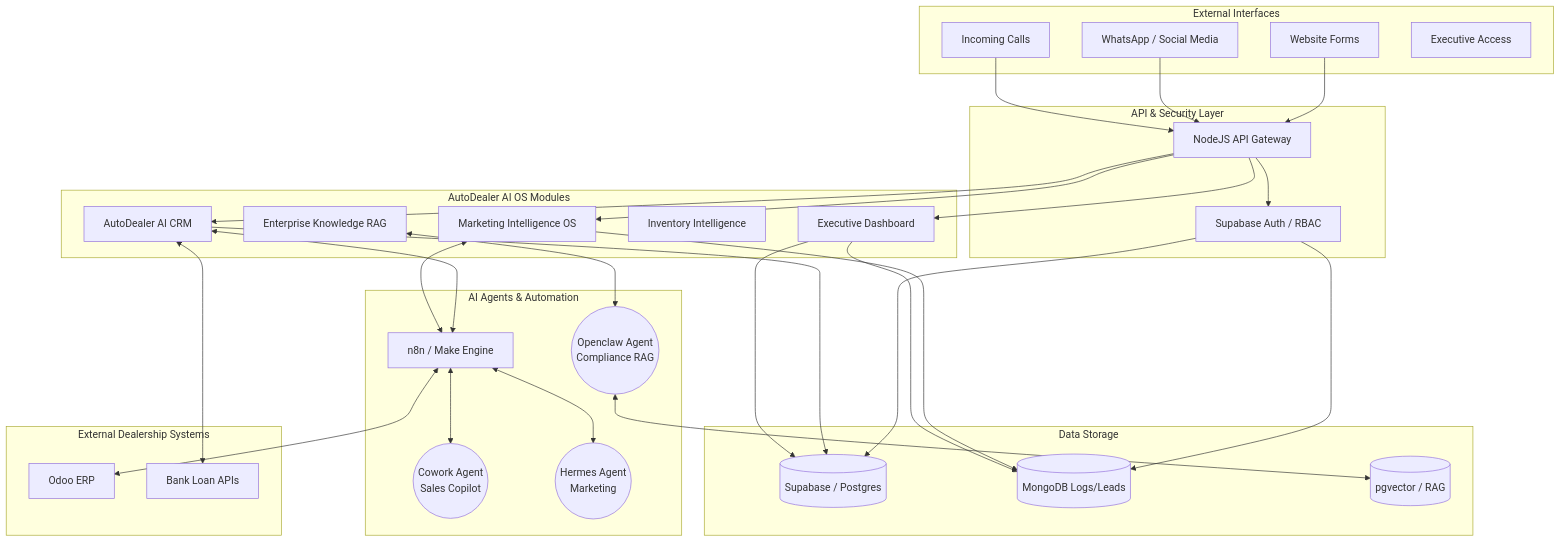
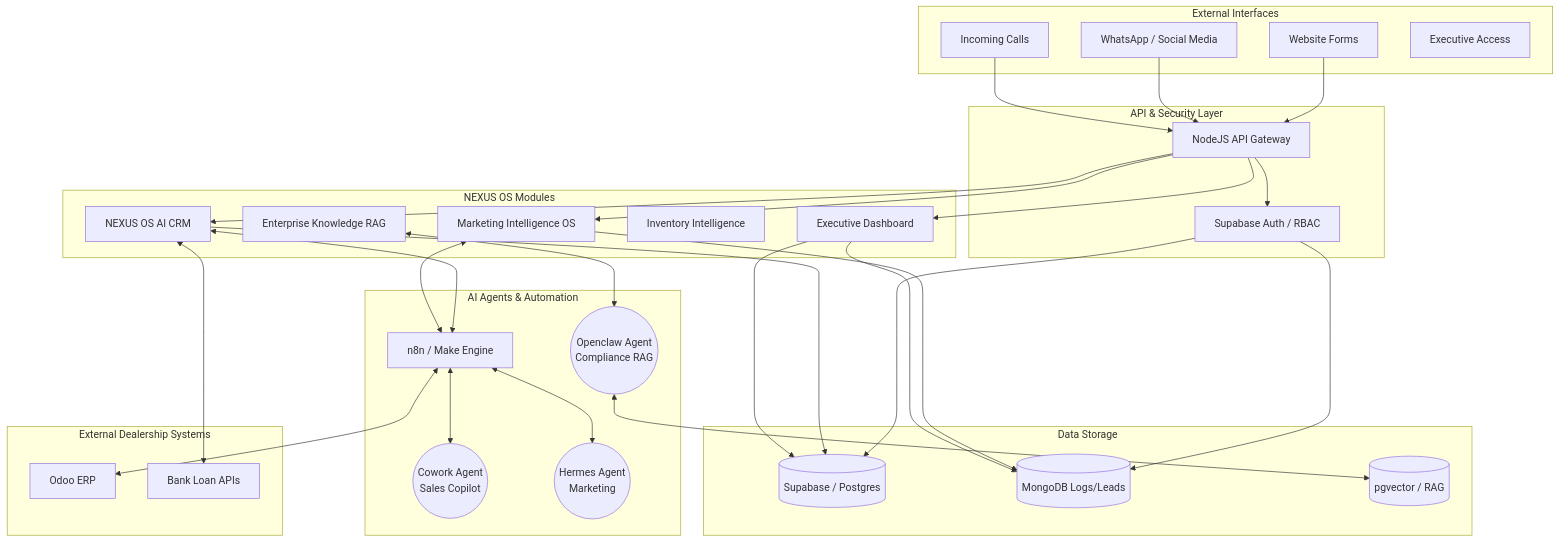
Before and after one commit to Ali8517942172/autodealer-ai-os: the diagram in architecture/diagrams/System_Architecture.md, drawn with Mermaid. The commit also changed 68 other files, not shown here.

````diff
--- a/architecture/diagrams/System_Architecture.md
+++ b/architecture/diagrams/System_Architecture.md
@@ -3,76 +3,76 @@
 ```mermaid
 graph TD
     %% External Interfaces
     subgraph "External Interfaces"
         Web[Website Forms]
         Social[WhatsApp / Social Media]
         Call[Incoming Calls]
         CEO[Executive Access]
     end
 
     %% AI Gateway & Auth
     subgraph "API & Security Layer"
         AG[NodeJS API Gateway]
         Auth[Supabase Auth / RBAC]
         AG --> Auth
     end
 
     Web --> AG
     Social --> AG
     Call --> AG
 
     %% Core Databases
     subgraph "Data Storage"
         PG[(Supabase / Postgres)]
         Mongo[(MongoDB Logs/Leads)]
         Vect[(pgvector / RAG)]
     end
 
     Auth --> PG
     Auth --> Mongo
 
     %% Business Modules (Apps)
-    subgraph "AutoDealer AI OS Modules"
-        CRM[AutoDealer AI CRM]
+    subgraph "NEXUS OS Modules"
+        CRM[NEXUS OS AI CRM]
         Mktg[Marketing Intelligence OS]
         RAG[Enterprise Knowledge RAG]
         Inv[Inventory Intelligence]
         Exec[Executive Dashboard]
     end
 
     %% Agents and Automation
     subgraph "AI Agents & Automation"
         N8N[n8n / Make Engine]
         Cowork((Cowork Agent\nSales Copilot))
         Hermes((Hermes Agent\nMarketing))
         Openclaw((Openclaw Agent\nCompliance RAG))
     end
 
     %% Connections
     AG --> CRM
     AG --> Mktg
     AG --> Exec
     
     CRM <--> N8N
     Mktg <--> N8N
     
     N8N <--> Cowork
     N8N <--> Hermes
     
     RAG <--> Openclaw
     Openclaw <--> Vect
     
     CRM --> PG
     Mktg --> Mongo
     Exec --> PG
     Exec --> Mongo
 
     %% External Systems
     subgraph "External Dealership Systems"
         Odoo[Odoo ERP]
         Banks[Bank Loan APIs]
     end
 
     N8N <--> Odoo
     CRM <--> Banks
 ```
````
